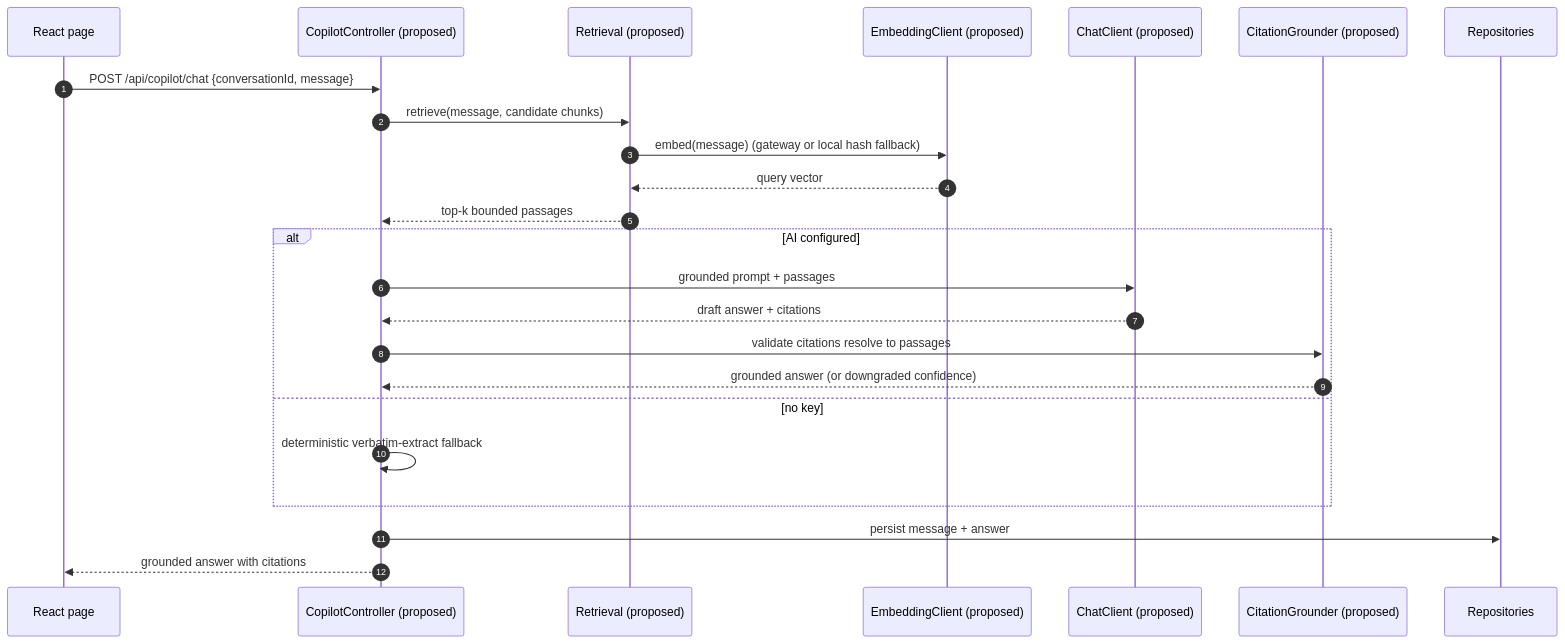
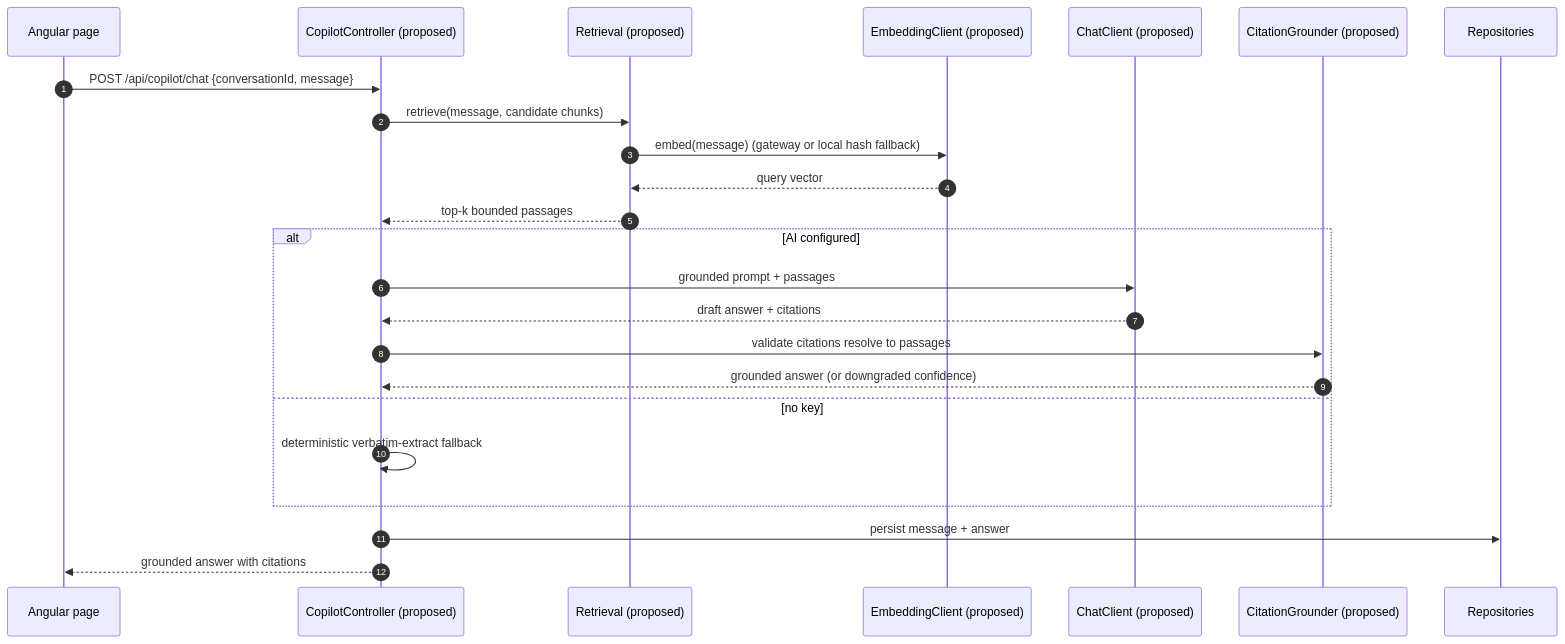
One commit to elel-m-b/CareerPilot changed the ninth of 15 diagrams in docs/UML_DIAGRAMS.md. Above: the diagram before and after it, drawn with Mermaid. The commit also changed other lines of this file and 215 other files, not shown here.

````diff
--- a/docs/UML_DIAGRAMS.md
+++ b/docs/UML_DIAGRAMS.md
@@ -402,27 +402,27 @@
 ```mermaid
 sequenceDiagram
     autonumber
-    participant UI as React page
+    participant UI as Angular page
     participant Ctl as CopilotController (proposed)
     participant R as Retrieval (proposed)
     participant E as EmbeddingClient (proposed)
     participant Chat as ChatClient (proposed)
     participant G as CitationGrounder (proposed)
     participant DB as Repositories
 
     UI->>Ctl: POST /api/copilot/chat {conversationId, message}
     Ctl->>R: retrieve(message, candidate chunks)
     R->>E: embed(message) (gateway or local hash fallback)
     E-->>R: query vector
     R-->>Ctl: top-k bounded passages
     alt AI configured
         Ctl->>Chat: grounded prompt + passages
         Chat-->>Ctl: draft answer + citations
         Ctl->>G: validate citations resolve to passages
         G-->>Ctl: grounded answer (or downgraded confidence)
     else no key
         Ctl->>Ctl: deterministic verbatim-extract fallback
     end
     Ctl->>DB: persist message + answer
     Ctl-->>UI: grounded answer with citations
 ```
````
